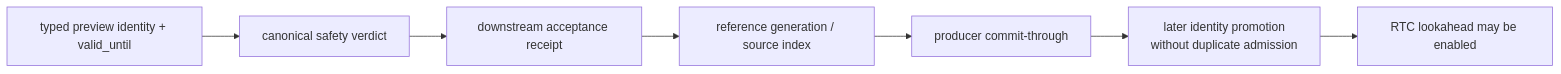
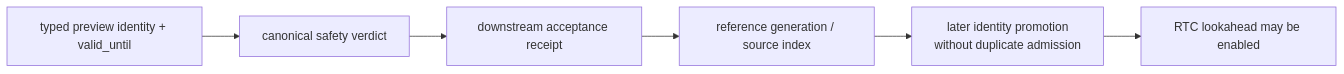
One commit to xiaopangxiexyg/AgenticRobot changed diagram 22 of 31 in todos/dexteleop_rtc_visual_guide.md. Above: the diagram before and after it, drawn with Mermaid. The commit also changed other lines of this file and 173 other files, not shown here.

````diff
--- a/todos/dexteleop_rtc_visual_guide.md
+++ b/todos/dexteleop_rtc_visual_guide.md
@@ -684,9 +705,8 @@
 ```mermaid
 flowchart LR
     Identity["typed preview identity + valid_until"] --> Safety["canonical safety verdict"]
     Safety --> Accept["downstream acceptance receipt"]
     Accept --> Ref["reference generation / source index"]
-    Ref --> Commit["producer commit-through"]
-    Commit --> Promote["later identity promotion<br/>without duplicate admission"]
+    Ref --> Promote["later identity promotion<br/>without duplicate admission"]
     Promote --> Enable["RTC lookahead may be enabled"]
 ```
````
